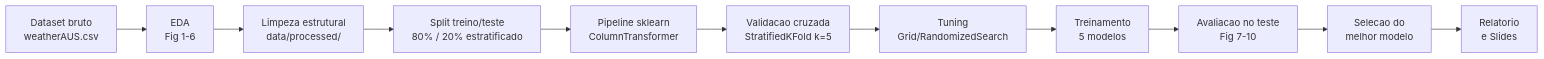
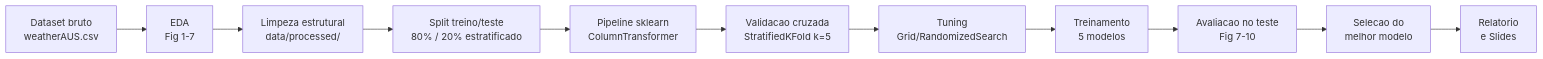
Before and after one commit to AugustoJuiz/machine-learning-project: the diagram in docs/artigo_estrutura.md, drawn with Mermaid. The commit also changed other lines of this file and 4 other files, not shown here.

````diff
--- a/docs/artigo_estrutura.md
+++ b/docs/artigo_estrutura.md
@@ -242,13 +253,13 @@
 ```mermaid
 flowchart LR
-  A[Dataset bruto\nweatherAUS.csv] --> B[EDA\nFig 1-6]
+  A[Dataset bruto\nweatherAUS.csv] --> B[EDA\nFig 1-7]
   B --> C[Limpeza estrutural\ndata/processed/]
   C --> D[Split treino/teste\n80% / 20% estratificado]
   D --> E[Pipeline sklearn\nColumnTransformer]
   E --> F[Validacao cruzada\nStratifiedKFold k=5]
   F --> G[Tuning\nGrid/RandomizedSearch]
   G --> H[Treinamento\n5 modelos]
   H --> I[Avaliacao no teste\nFig 7-10]
   I --> J[Selecao do\nmelhor modelo]
   J --> K[Relatorio\ne Slides]
 ```
````
